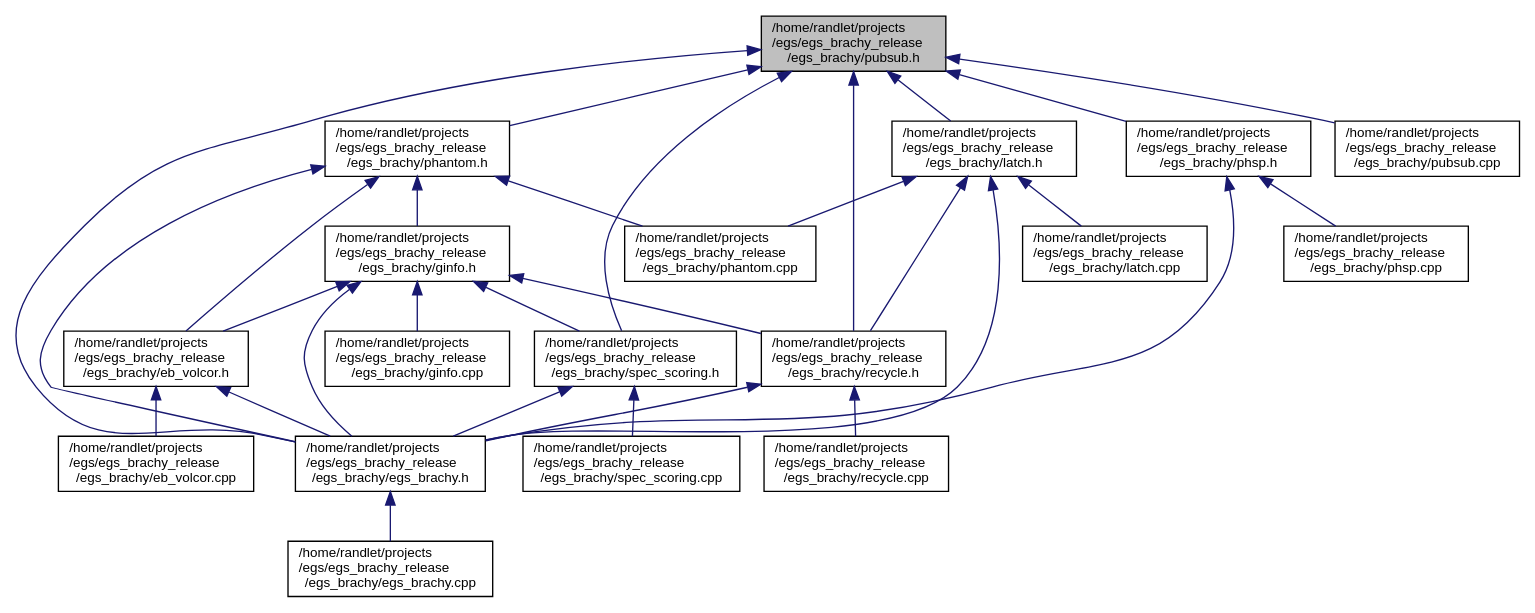
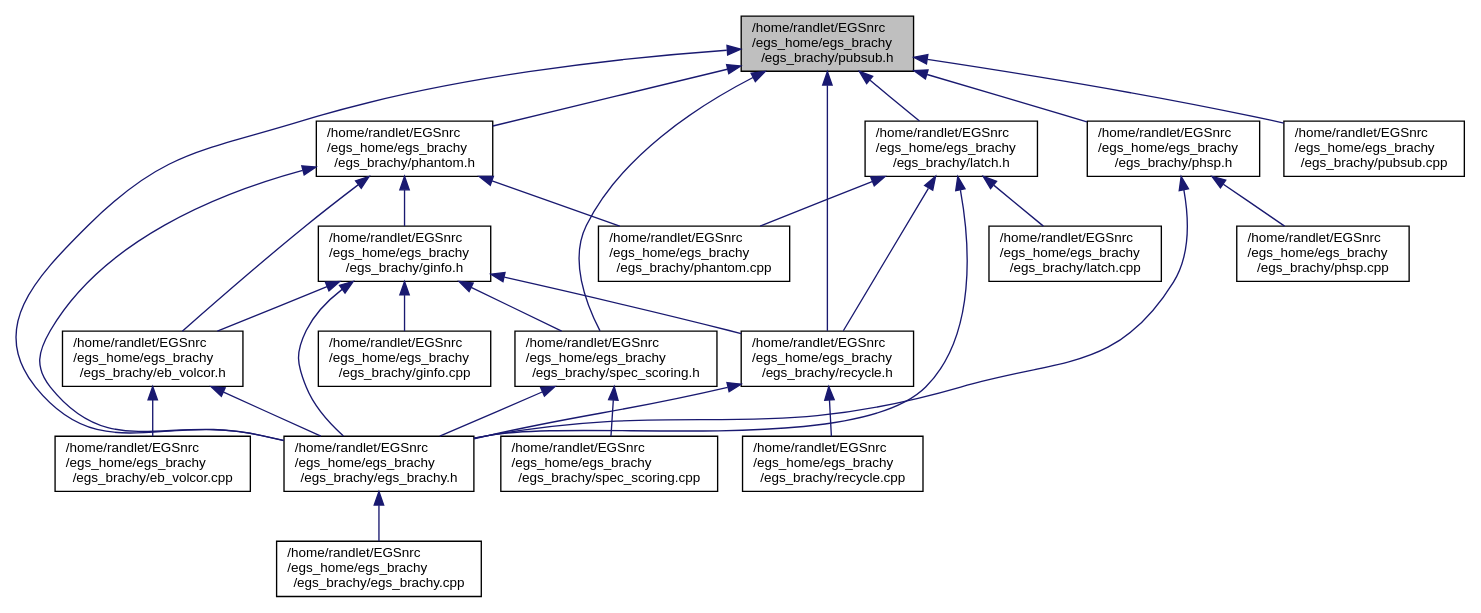
Before and after one commit to clrp-code/egs_brachy: the diagram in docs/pubsub_8h__dep__incl.dot, drawn with Graphviz. The commit also changed 675 other files, not shown here.

```diff
--- a/docs/pubsub_8h__dep__incl.dot
+++ b/docs/pubsub_8h__dep__incl.dot
@@ -1,52 +1,52 @@
-digraph "/home/randlet/projects/egs/egs_brachy_release/egs_brachy/pubsub.h"
+digraph "/home/randlet/EGSnrc/egs_home/egs_brachy/egs_brachy/pubsub.h"
 {
   edge [fontname="Helvetica",fontsize="10",labelfontname="Helvetica",labelfontsize="10"];
   node [fontname="Helvetica",fontsize="10",shape=record];
-  Node1 [label="/home/randlet/projects\l/egs/egs_brachy_release\l/egs_brachy/pubsub.h",height=0.2,width=0.4,color="black", fillcolor="grey75", style="filled", fontcolor="black"];
+  Node1 [label="/home/randlet/EGSnrc\l/egs_home/egs_brachy\l/egs_brachy/pubsub.h",height=0.2,width=0.4,color="black", fillcolor="grey75", style="filled", fontcolor="black"];
   Node1 -> Node2 [dir="back",color="midnightblue",fontsize="10",style="solid",fontname="Helvetica"];
-  Node2 [label="/home/randlet/projects\l/egs/egs_brachy_release\l/egs_brachy/phantom.h",height=0.2,width=0.4,color="black", fillcolor="white", style="filled",URL="$phantom_8h.html",tooltip="Header file for phantom objects. "];
+  Node2 [label="/home/randlet/EGSnrc\l/egs_home/egs_brachy\l/egs_brachy/phantom.h",height=0.2,width=0.4,color="black", fillcolor="white", style="filled",URL="$phantom_8h.html",tooltip="Header file for phantom objects. "];
   Node2 -> Node3 [dir="back",color="midnightblue",fontsize="10",style="solid",fontname="Helvetica"];
-  Node3 [label="/home/randlet/projects\l/egs/egs_brachy_release\l/egs_brachy/eb_volcor.h",height=0.2,width=0.4,color="black", fillcolor="white", style="filled",URL="$eb__volcor_8h.html",tooltip="Volume correction routines for egs_brachy. "];
+  Node3 [label="/home/randlet/EGSnrc\l/egs_home/egs_brachy\l/egs_brachy/eb_volcor.h",height=0.2,width=0.4,color="black", fillcolor="white", style="filled",URL="$eb__volcor_8h.html",tooltip="Volume correction routines for egs_brachy. "];
   Node3 -> Node4 [dir="back",color="midnightblue",fontsize="10",style="solid",fontname="Helvetica"];
-  Node4 [label="/home/randlet/projects\l/egs/egs_brachy_release\l/egs_brachy/eb_volcor.cpp",height=0.2,width=0.4,color="black", fillcolor="white", style="filled",URL="$eb__volcor_8cpp.html",tooltip="Main implementation of volume correction routines. "];
+  Node4 [label="/home/randlet/EGSnrc\l/egs_home/egs_brachy\l/egs_brachy/eb_volcor.cpp",height=0.2,width=0.4,color="black", fillcolor="white", style="filled",URL="$eb__volcor_8cpp.html",tooltip="Main implementation of volume correction routines. "];
   Node3 -> Node5 [dir="back",color="midnightblue",fontsize="10",style="solid",fontname="Helvetica"];
-  Node5 [label="/home/randlet/projects\l/egs/egs_brachy_release\l/egs_brachy/egs_brachy.h",height=0.2,width=0.4,color="black", fillcolor="white", style="filled",URL="$egs__brachy_8h.html",tooltip="the main egs_brachy application header file "];
+  Node5 [label="/home/randlet/EGSnrc\l/egs_home/egs_brachy\l/egs_brachy/egs_brachy.h",height=0.2,width=0.4,color="black", fillcolor="white", style="filled",URL="$egs__brachy_8h.html",tooltip="the main egs_brachy application header file "];
   Node5 -> Node6 [dir="back",color="midnightblue",fontsize="10",style="solid",fontname="Helvetica"];
-  Node6 [label="/home/randlet/projects\l/egs/egs_brachy_release\l/egs_brachy/egs_brachy.cpp",height=0.2,width=0.4,color="black", fillcolor="white", style="filled",URL="$egs__brachy_8cpp.html",tooltip="the main egs_brachy application implementation file "];
+  Node6 [label="/home/randlet/EGSnrc\l/egs_home/egs_brachy\l/egs_brachy/egs_brachy.cpp",height=0.2,width=0.4,color="black", fillcolor="white", style="filled",URL="$egs__brachy_8cpp.html",tooltip="the main egs_brachy application implementation file "];
   Node2 -> Node7 [dir="back",color="midnightblue",fontsize="10",style="solid",fontname="Helvetica"];
-  Node7 [label="/home/randlet/projects\l/egs/egs_brachy_release\l/egs_brachy/ginfo.h",height=0.2,width=0.4,color="black", fillcolor="white", style="filled",URL="$ginfo_8h.html",tooltip="ginfo contains classes for organizing information about the geometries present in an egs_brachy simul..."];
+  Node7 [label="/home/randlet/EGSnrc\l/egs_home/egs_brachy\l/egs_brachy/ginfo.h",height=0.2,width=0.4,color="black", fillcolor="white", style="filled",URL="$ginfo_8h.html",tooltip="ginfo contains classes for organizing information about the geometries present in an egs_brachy simul..."];
   Node7 -> Node3 [dir="back",color="midnightblue",fontsize="10",style="solid",fontname="Helvetica"];
   Node7 -> Node5 [dir="back",color="midnightblue",fontsize="10",style="solid",fontname="Helvetica"];
   Node7 -> Node8 [dir="back",color="midnightblue",fontsize="10",style="solid",fontname="Helvetica"];
-  Node8 [label="/home/randlet/projects\l/egs/egs_brachy_release\l/egs_brachy/spec_scoring.h",height=0.2,width=0.4,color="black", fillcolor="white", style="filled",URL="$spec__scoring_8h.html",tooltip="Definition of spectrum scoring classes. "];
+  Node8 [label="/home/randlet/EGSnrc\l/egs_home/egs_brachy\l/egs_brachy/spec_scoring.h",height=0.2,width=0.4,color="black", fillcolor="white", style="filled",URL="$spec__scoring_8h.html",tooltip="Definition of spectrum scoring classes. "];
   Node8 -> Node5 [dir="back",color="midnightblue",fontsize="10",style="solid",fontname="Helvetica"];
   Node8 -> Node9 [dir="back",color="midnightblue",fontsize="10",style="solid",fontname="Helvetica"];
-  Node9 [label="/home/randlet/projects\l/egs/egs_brachy_release\l/egs_brachy/spec_scoring.cpp",height=0.2,width=0.4,color="black", fillcolor="white", style="filled",URL="$spec__scoring_8cpp.html",tooltip="implementation of spectrum scoring classes. "];
+  Node9 [label="/home/randlet/EGSnrc\l/egs_home/egs_brachy\l/egs_brachy/spec_scoring.cpp",height=0.2,width=0.4,color="black", fillcolor="white", style="filled",URL="$spec__scoring_8cpp.html",tooltip="implementation of spectrum scoring classes. "];
   Node7 -> Node10 [dir="back",color="midnightblue",fontsize="10",style="solid",fontname="Helvetica"];
-  Node10 [label="/home/randlet/projects\l/egs/egs_brachy_release\l/egs_brachy/recycle.h",height=0.2,width=0.4,color="black", fillcolor="white", style="filled",URL="$recycle_8h.html",tooltip="class definitions for recycling "];
+  Node10 [label="/home/randlet/EGSnrc\l/egs_home/egs_brachy\l/egs_brachy/recycle.h",height=0.2,width=0.4,color="black", fillcolor="white", style="filled",URL="$recycle_8h.html",tooltip="class definitions for recycling "];
   Node10 -> Node5 [dir="back",color="midnightblue",fontsize="10",style="solid",fontname="Helvetica"];
   Node10 -> Node11 [dir="back",color="midnightblue",fontsize="10",style="solid",fontname="Helvetica"];
-  Node11 [label="/home/randlet/projects\l/egs/egs_brachy_release\l/egs_brachy/recycle.cpp",height=0.2,width=0.4,color="black", fillcolor="white", style="filled",URL="$recycle_8cpp.html",tooltip="class imlementations for recycling "];
+  Node11 [label="/home/randlet/EGSnrc\l/egs_home/egs_brachy\l/egs_brachy/recycle.cpp",height=0.2,width=0.4,color="black", fillcolor="white", style="filled",URL="$recycle_8cpp.html",tooltip="class imlementations for recycling "];
   Node7 -> Node12 [dir="back",color="midnightblue",fontsize="10",style="solid",fontname="Helvetica"];
-  Node12 [label="/home/randlet/projects\l/egs/egs_brachy_release\l/egs_brachy/ginfo.cpp",height=0.2,width=0.4,color="black", fillcolor="white", style="filled",URL="$ginfo_8cpp.html",tooltip="implementation of Geometry Info class. "];
+  Node12 [label="/home/randlet/EGSnrc\l/egs_home/egs_brachy\l/egs_brachy/ginfo.cpp",height=0.2,width=0.4,color="black", fillcolor="white", style="filled",URL="$ginfo_8cpp.html",tooltip="implementation of Geometry Info class. "];
   Node2 -> Node5 [dir="back",color="midnightblue",fontsize="10",style="solid",fontname="Helvetica"];
   Node2 -> Node13 [dir="back",color="midnightblue",fontsize="10",style="solid",fontname="Helvetica"];
-  Node13 [label="/home/randlet/projects\l/egs/egs_brachy_release\l/egs_brachy/phantom.cpp",height=0.2,width=0.4,color="black", fillcolor="white", style="filled",URL="$phantom_8cpp.html",tooltip="Implementation of phantom objects. "];
+  Node13 [label="/home/randlet/EGSnrc\l/egs_home/egs_brachy\l/egs_brachy/phantom.cpp",height=0.2,width=0.4,color="black", fillcolor="white", style="filled",URL="$phantom_8cpp.html",tooltip="Implementation of phantom objects. "];
   Node1 -> Node5 [dir="back",color="midnightblue",fontsize="10",style="solid",fontname="Helvetica"];
   Node1 -> Node8 [dir="back",color="midnightblue",fontsize="10",style="solid",fontname="Helvetica"];
   Node1 -> Node10 [dir="back",color="midnightblue",fontsize="10",style="solid",fontname="Helvetica"];
   Node1 -> Node14 [dir="back",color="midnightblue",fontsize="10",style="solid",fontname="Helvetica"];
-  Node14 [label="/home/randlet/projects\l/egs/egs_brachy_release\l/egs_brachy/latch.h",height=0.2,width=0.4,color="black", fillcolor="white", style="filled",URL="$latch_8h.html",tooltip="handle particles latch bits for egs_brachy "];
+  Node14 [label="/home/randlet/EGSnrc\l/egs_home/egs_brachy\l/egs_brachy/latch.h",height=0.2,width=0.4,color="black", fillcolor="white", style="filled",URL="$latch_8h.html",tooltip="handle particles latch bits for egs_brachy "];
   Node14 -> Node10 [dir="back",color="midnightblue",fontsize="10",style="solid",fontname="Helvetica"];
   Node14 -> Node5 [dir="back",color="midnightblue",fontsize="10",style="solid",fontname="Helvetica"];
   Node14 -> Node15 [dir="back",color="midnightblue",fontsize="10",style="solid",fontname="Helvetica"];
-  Node15 [label="/home/randlet/projects\l/egs/egs_brachy_release\l/egs_brachy/latch.cpp",height=0.2,width=0.4,color="black", fillcolor="white", style="filled",URL="$latch_8cpp.html",tooltip="methods for setting/checking latch bits for egs_brachy "];
+  Node15 [label="/home/randlet/EGSnrc\l/egs_home/egs_brachy\l/egs_brachy/latch.cpp",height=0.2,width=0.4,color="black", fillcolor="white", style="filled",URL="$latch_8cpp.html",tooltip="methods for setting/checking latch bits for egs_brachy "];
   Node14 -> Node13 [dir="back",color="midnightblue",fontsize="10",style="solid",fontname="Helvetica"];
   Node1 -> Node16 [dir="back",color="midnightblue",fontsize="10",style="solid",fontname="Helvetica"];
-  Node16 [label="/home/randlet/projects\l/egs/egs_brachy_release\l/egs_brachy/phsp.h",height=0.2,width=0.4,color="black", fillcolor="white", style="filled",URL="$phsp_8h.html",tooltip="Definition of the PHSPControl object. "];
+  Node16 [label="/home/randlet/EGSnrc\l/egs_home/egs_brachy\l/egs_brachy/phsp.h",height=0.2,width=0.4,color="black", fillcolor="white", style="filled",URL="$phsp_8h.html",tooltip="Definition of the PHSPControl object. "];
   Node16 -> Node5 [dir="back",color="midnightblue",fontsize="10",style="solid",fontname="Helvetica"];
   Node16 -> Node17 [dir="back",color="midnightblue",fontsize="10",style="solid",fontname="Helvetica"];
-  Node17 [label="/home/randlet/projects\l/egs/egs_brachy_release\l/egs_brachy/phsp.cpp",height=0.2,width=0.4,color="black", fillcolor="white", style="filled",URL="$phsp_8cpp.html",tooltip="Implementation of the PHSPControl object. "];
+  Node17 [label="/home/randlet/EGSnrc\l/egs_home/egs_brachy\l/egs_brachy/phsp.cpp",height=0.2,width=0.4,color="black", fillcolor="white", style="filled",URL="$phsp_8cpp.html",tooltip="Implementation of the PHSPControl object. "];
   Node1 -> Node18 [dir="back",color="midnightblue",fontsize="10",style="solid",fontname="Helvetica"];
-  Node18 [label="/home/randlet/projects\l/egs/egs_brachy_release\l/egs_brachy/pubsub.cpp",height=0.2,width=0.4,color="black", fillcolor="white", style="filled",URL="$pubsub_8cpp.html"];
+  Node18 [label="/home/randlet/EGSnrc\l/egs_home/egs_brachy\l/egs_brachy/pubsub.cpp",height=0.2,width=0.4,color="black", fillcolor="white", style="filled",URL="$pubsub_8cpp.html"];
 }
```
